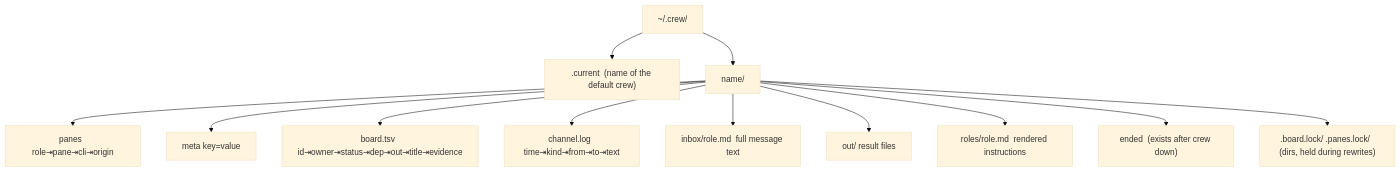
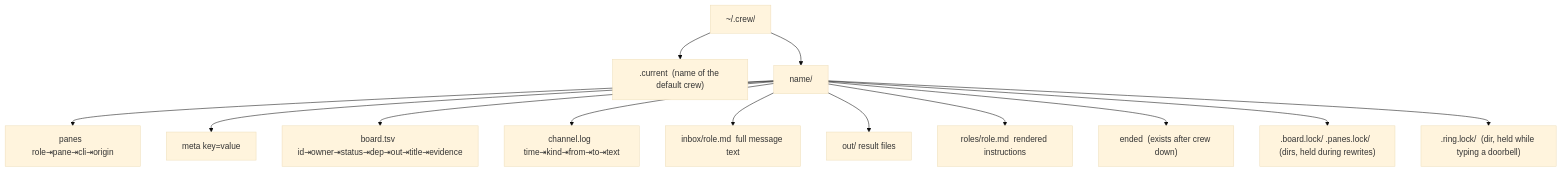
The diagram in lode/architecture/state-files.md (mifwar/crew), drawn with Mermaid (base theme) before and after one commit. The commit also changed 12 other files, not shown here.

````diff
--- a/lode/architecture/state-files.md
+++ b/lode/architecture/state-files.md
@@ -6,14 +6,15 @@
 ```mermaid
 flowchart TD
   home["~/.crew/"] --> cur[".current  (name of the default crew)"]
   home --> d["name/"]
   d --> panes["panes  role⇥pane⇥cli⇥origin"]
   d --> meta["meta  key=value"]
   d --> board["board.tsv  id⇥owner⇥status⇥dep⇥out⇥title⇥evidence"]
   d --> log["channel.log  time⇥kind⇥from⇥to⇥text"]
   d --> inbox["inbox/role.md  full message text"]
   d --> out["out/  result files"]
   d --> roles["roles/role.md  rendered instructions"]
   d --> ended["ended  (exists after crew down)"]
   d --> lock[".board.lock/ .panes.lock/  (dirs, held during rewrites)"]
+  d --> rlock[".ring<pane>.lock/  (dir, held while typing a doorbell)"]
 ```
````
